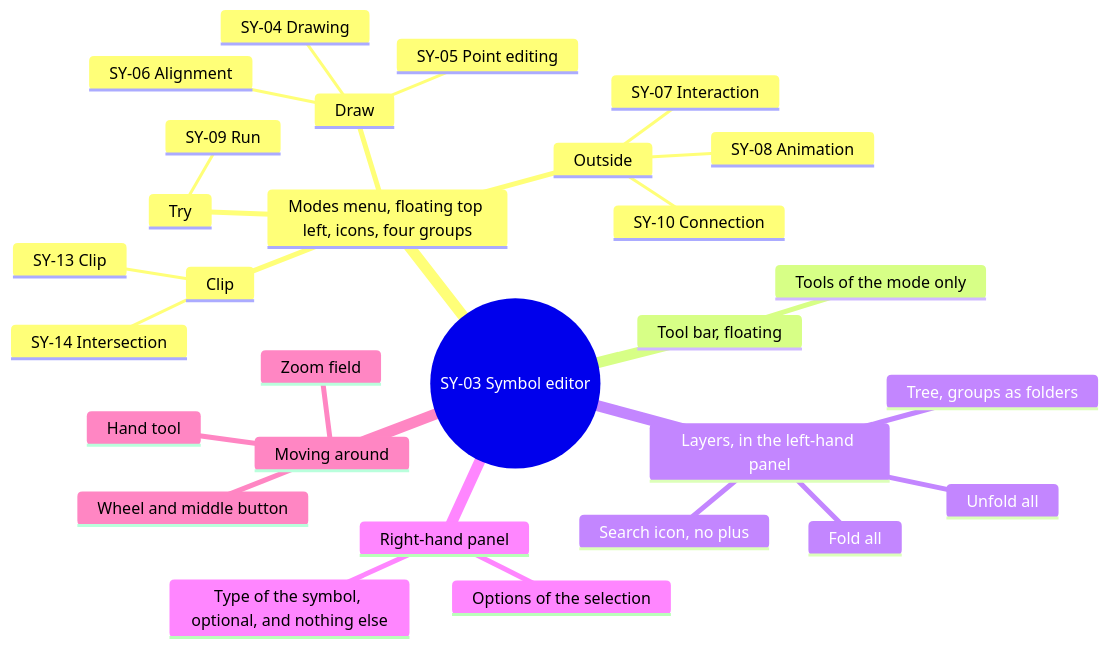
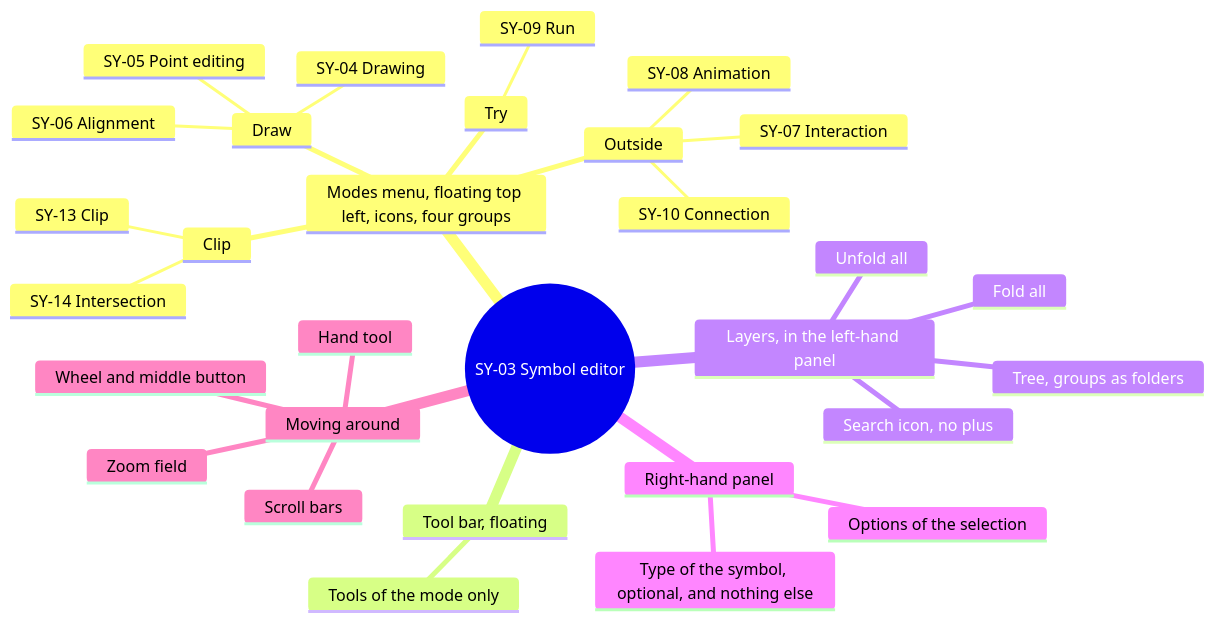
One commit to AlexandreGallais/synoptic-studio-spec changed the fifth of 16 diagrams in screens/symbols.md. Above: the diagram before and after it, drawn with Mermaid. The commit also changed other lines of this file and 3 other files, not shown here.

First line of the commit message:
docs(editor): scroll bars always visible while the drawing overflows

````diff
--- a/screens/symbols.md
+++ b/screens/symbols.md
@@ -118,32 +118,33 @@
 ```mermaid
 mindmap
   root((SY-03 Symbol editor))
     Modes menu, floating top left, icons, four groups
       Draw
         SY-04 Drawing
         SY-05 Point editing
         SY-06 Alignment
       Clip
         SY-13 Clip
         SY-14 Intersection
       Outside
         SY-10 Connection
         SY-08 Animation
         SY-07 Interaction
       Try
         SY-09 Run
     Tool bar, floating
       Tools of the mode only
     Layers, in the left-hand panel
       Search icon, no plus
       Unfold all
       Fold all
       Tree, groups as folders
     Right-hand panel
       Options of the selection
       Type of the symbol, optional, and nothing else
     Moving around
       Hand tool
       Wheel and middle button
       Zoom field
+      Scroll bars
 ```
````
